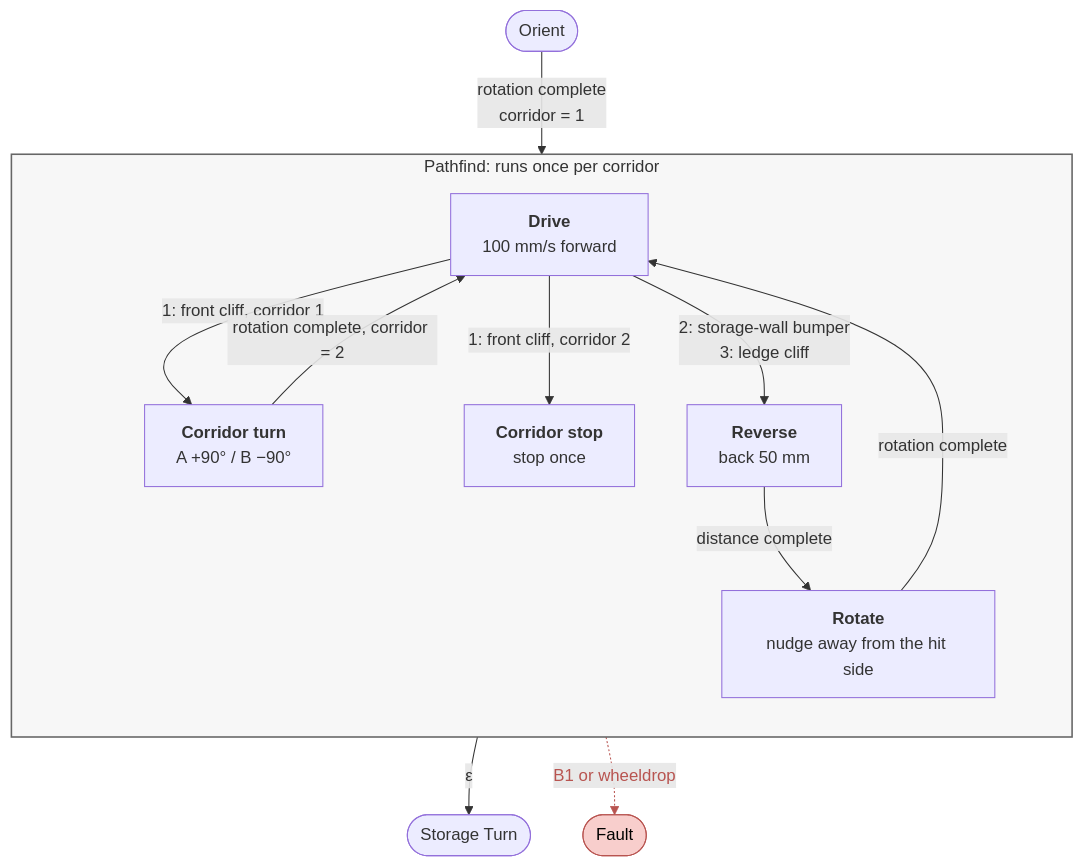
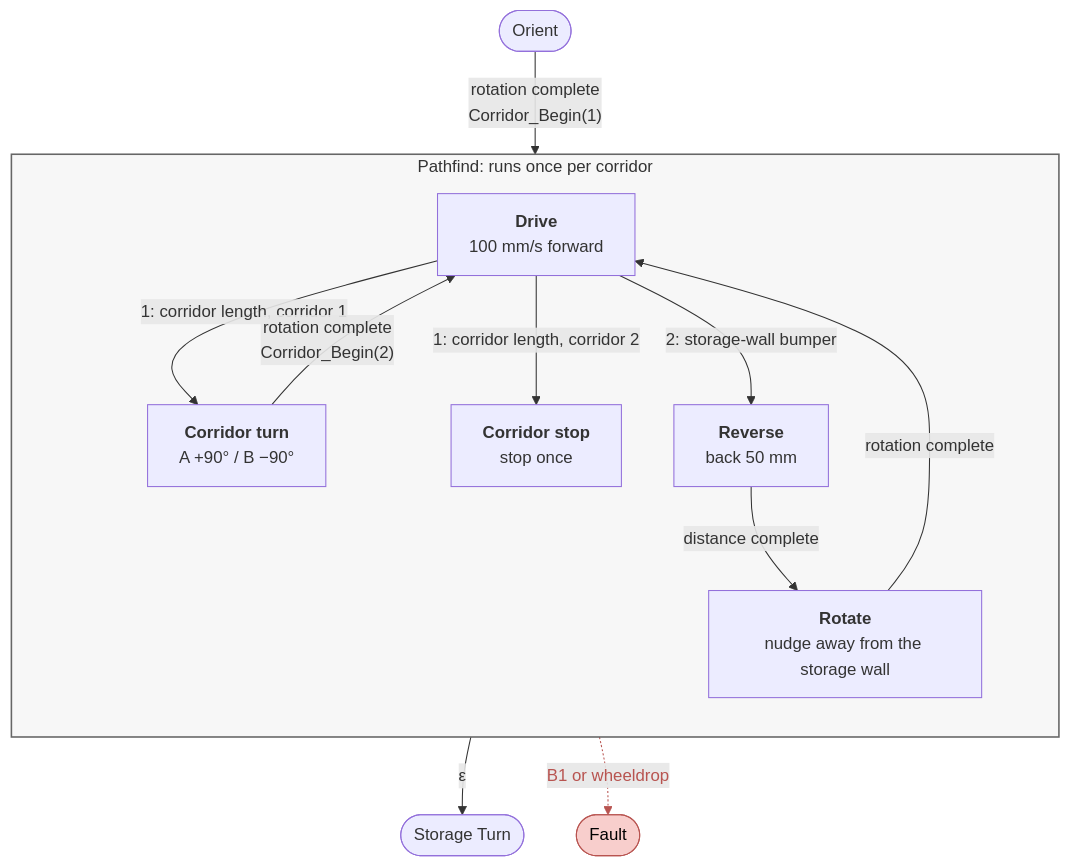
Before and after one commit to hiten011/MicroControllingProject: the diagram in docs/pathfind.md, drawn with Mermaid. The commit also changed other lines of this file and 6 other files, not shown here.

````diff
--- a/docs/pathfind.md
+++ b/docs/pathfind.md
@@ -7,30 +7,30 @@
 ```mermaid
 flowchart TB
     orient(["Orient"])
     fault(["Fault"])
     storage(["Storage Turn"])
 
     subgraph pathfind["Pathfind: runs once per corridor"]
         direction TB
         drive["<b>Drive</b><br/>100 mm/s forward"]
         turn["<b>Corridor turn</b><br/>A +90° / B −90°"]
         stop["<b>Corridor stop</b><br/>stop once"]
         reverse["<b>Reverse</b><br/>back 50 mm"]
-        rotate["<b>Rotate</b><br/>nudge away from the hit side"]
+        rotate["<b>Rotate</b><br/>nudge away from the storage wall"]
     end
 
-    orient -->|"rotation complete<br/>corridor = 1"| drive
-    drive -->|"1: front cliff, corridor 1"| turn
-    turn -->|"rotation complete, corridor = 2"| drive
-    drive -->|"1: front cliff, corridor 2"| stop
+    orient -->|"rotation complete<br/>Corridor_Begin(1)"| drive
+    drive -->|"1: corridor length, corridor 1"| turn
+    turn -->|"rotation complete<br/>Corridor_Begin(2)"| drive
+    drive -->|"1: corridor length, corridor 2"| stop
     stop -->|"ε"| storage
-    drive -->|"2: storage-wall bumper<br/>3: ledge cliff"| reverse
+    drive -->|"2: storage-wall bumper"| reverse
     reverse -->|"distance complete"| rotate
     rotate -->|"rotation complete"| drive
     pathfind -.->|"B1 or wheeldrop"| fault
 
     classDef red fill:#f8cecc,stroke:#b85450,color:#000
     class fault red
     style pathfind fill:#f7f7f7,stroke:#666,stroke-width:1.5px
     linkStyle 8 stroke:#b85450,color:#b85450
 ```
````
